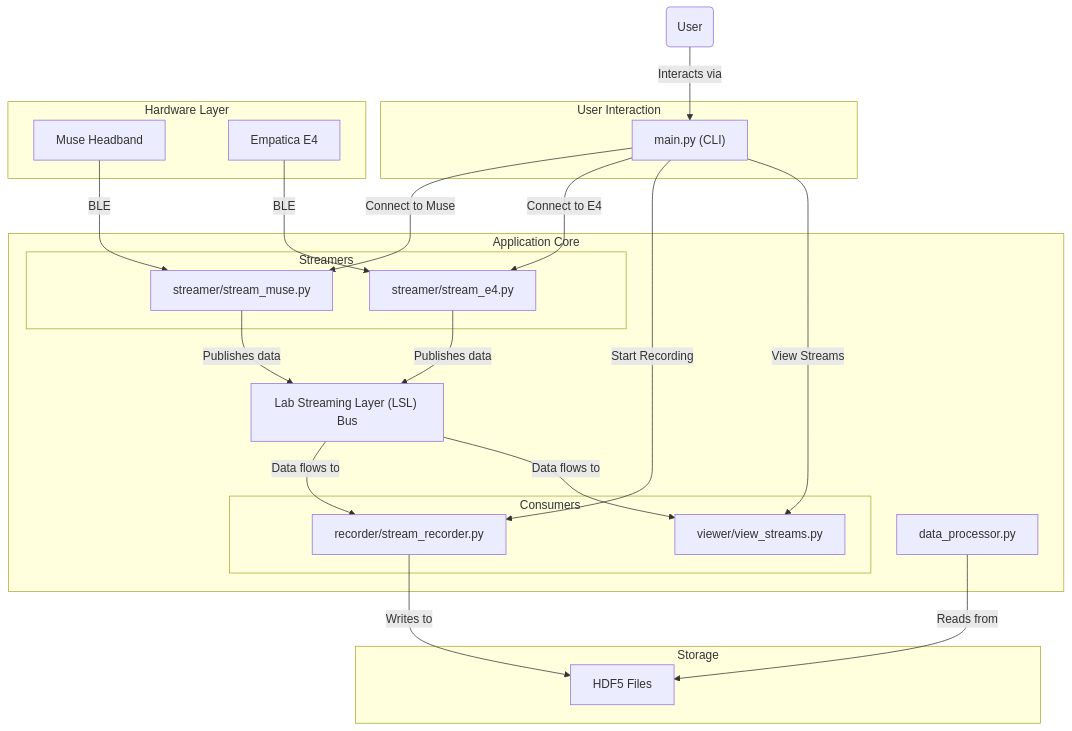
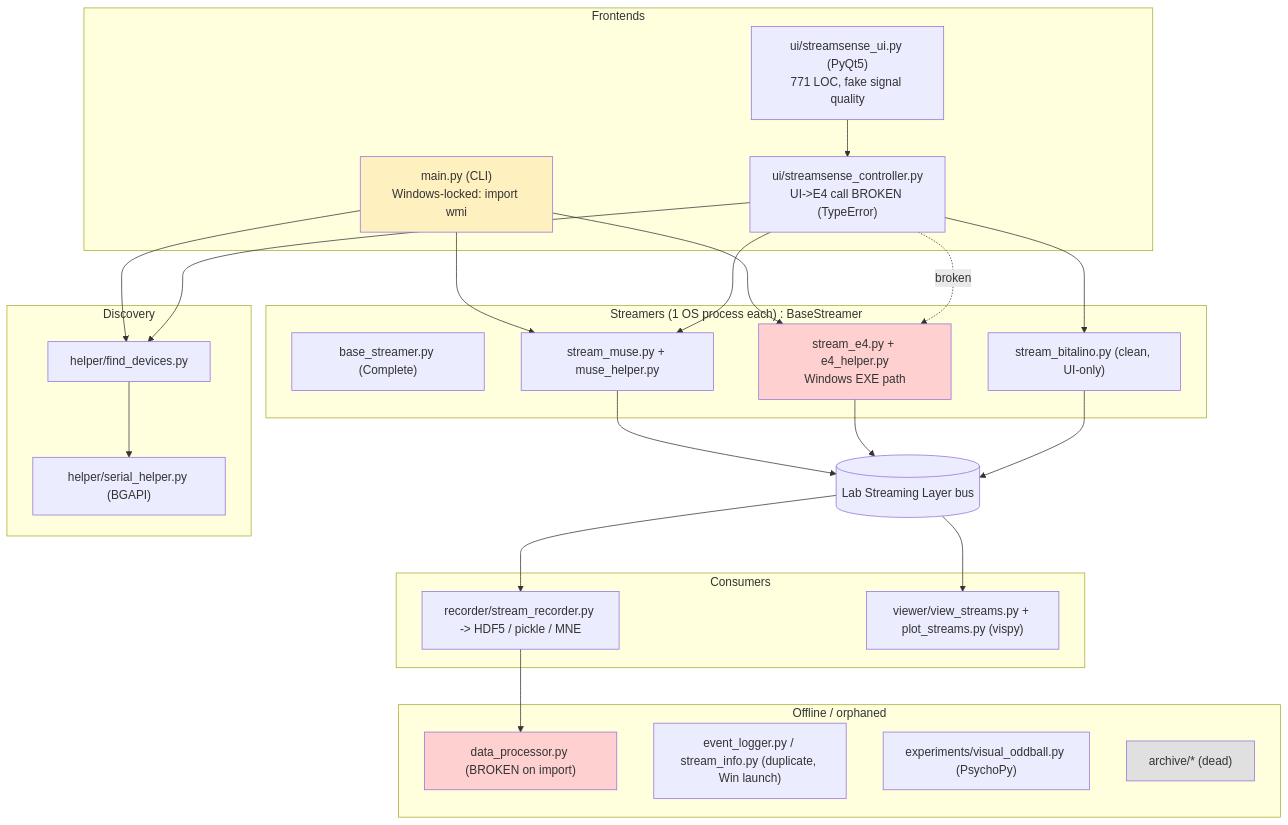
The first of 2 diagrams in audit/deliverables/2_Architecture_Overview.md (siddhant61/StreamSense), drawn with Mermaid before and after one commit. The commit also changed other lines of this file and 6 other files, not shown here.

````diff
--- a/audit/deliverables/2_Architecture_Overview.md
+++ b/audit/deliverables/2_Architecture_Overview.md
@@ -75,50 +59,49 @@
 ```mermaid
-graph TD
-    subgraph User Interaction
-        CLI["main.py (CLI)"]
+flowchart TD
+    subgraph Frontends
+      CLI["main.py (CLI)\nWindows-locked: import wmi"]
+      UI["ui/streamsense_ui.py (PyQt5)\n771 LOC, fake signal quality"]
+      CTRL["ui/streamsense_controller.py\nUI->E4 call BROKEN (TypeError)"]
     end
 
-    subgraph Hardware Layer
-        Muse[Muse Headband]
-        E4[Empatica E4]
+    subgraph Discovery
+      FD["helper/find_devices.py"]
+      SER["helper/serial_helper.py (BGAPI)"]
     end
 
-    subgraph Application Core
-        subgraph Streamers
-            StreamMuse["streamer/stream_muse.py"]
-            StreamE4["streamer/stream_e4.py"]
-        end
-
-        LSL["Lab Streaming Layer (LSL) Bus"]
-
-        subgraph Consumers
-            Recorder["recorder/stream_recorder.py"]
-            Viewer["viewer/view_streams.py"]
-        end
-
-        Offline["data_processor.py"]
+    subgraph Streamers["Streamers (1 OS process each) : BaseStreamer"]
+      BASE["base_streamer.py (Complete)"]
+      SM["stream_muse.py + muse_helper.py"]
+      SE4["stream_e4.py + e4_helper.py\nWindows EXE path"]
+      SB["stream_bitalino.py (clean, UI-only)"]
     end
 
-    subgraph Storage
-        HDF5[HDF5 Files]
+    LSL[("Lab Streaming Layer bus")]
+
+    subgraph Consumers
+      REC["recorder/stream_recorder.py -> HDF5 / pickle / MNE"]
+      VIEW["viewer/view_streams.py + plot_streams.py (vispy)"]
     end
 
-    User(User) -- Interacts via --> CLI
+    subgraph Offline_Orphans["Offline / orphaned"]
+      DP["data_processor.py (BROKEN on import)"]
+      EL["event_logger.py / stream_info.py (duplicate, Win launch)"]
+      EXP["experiments/visual_oddball.py (PsychoPy)"]
+      ARCH["archive/* (dead)"]
+    end
 
-    CLI -- "Connect to Muse" --> StreamMuse
-    CLI -- "Connect to E4" --> StreamE4
-    CLI -- "Start Recording" --> Recorder
-    CLI -- "View Streams" --> Viewer
-
-    Muse -- BLE --> StreamMuse
-    E4 -- BLE --> StreamE4
-
-    StreamMuse -- Publishes data --> LSL
-    StreamE4 -- Publishes data --> LSL
-
-    LSL -- Data flows to --> Recorder
-    LSL -- Data flows to --> Viewer
-
-    Recorder -- Writes to --> HDF5
-    Offline -- Reads from --> HDF5
+    UI --> CTRL
+    CLI --> FD
+    CTRL --> FD
+    FD --> SER
+    CLI --> SM & SE4
+    CTRL --> SM & SB
+    CTRL -. broken .-> SE4
+    SM & SE4 & SB --> LSL
+    LSL --> REC & VIEW
+    REC --> DP
+    style SE4 fill:#ffd0d0
+    style DP fill:#ffd0d0
+    style CLI fill:#fff0c0
+    style ARCH fill:#e0e0e0
 ```
````
